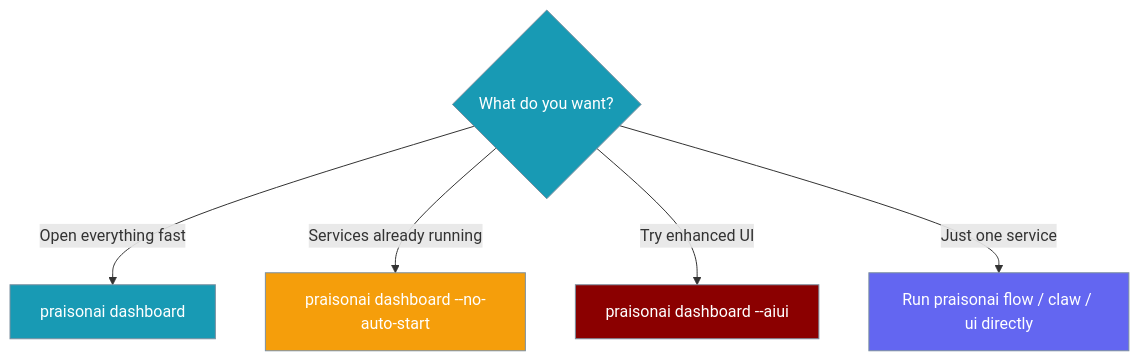
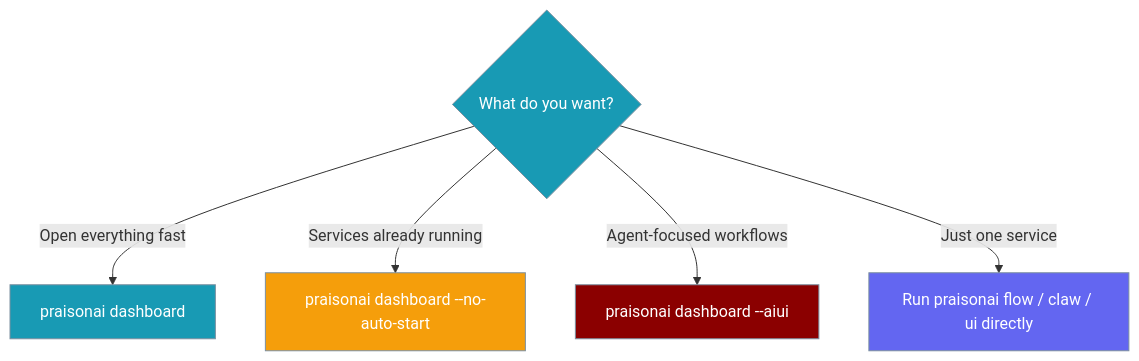
One commit to MervinPraison/PraisonAIDocs changed the third of 3 diagrams in docs/cli/dashboard.mdx. Above: the diagram before and after it, drawn with Mermaid. The commit also changed other lines of this file and 10 other files, not shown here.

````diff
--- a/docs/cli/dashboard.mdx
+++ b/docs/cli/dashboard.mdx
@@ -180,18 +184,18 @@
 ```mermaid
 graph TB
     Q{What do you want?}
     Q -->|Open everything fast| A[praisonai dashboard]
     Q -->|Services already running| B[praisonai dashboard --no-auto-start]
-    Q -->|Try enhanced UI| C[praisonai dashboard --aiui]
+    Q -->|Agent-focused workflows| C[praisonai dashboard --aiui]
     Q -->|Just one service| D[Run praisonai flow / claw / ui directly]
 
     classDef default fill:#189AB4,stroke:#7C90A0,color:#fff
     classDef manual fill:#F59E0B,stroke:#7C90A0,color:#fff
     classDef experimental fill:#8B0000,stroke:#7C90A0,color:#fff
     classDef single fill:#6366F1,stroke:#7C90A0,color:#fff
 
     class A default
     class B manual
     class C experimental
     class D single
 ```
````
